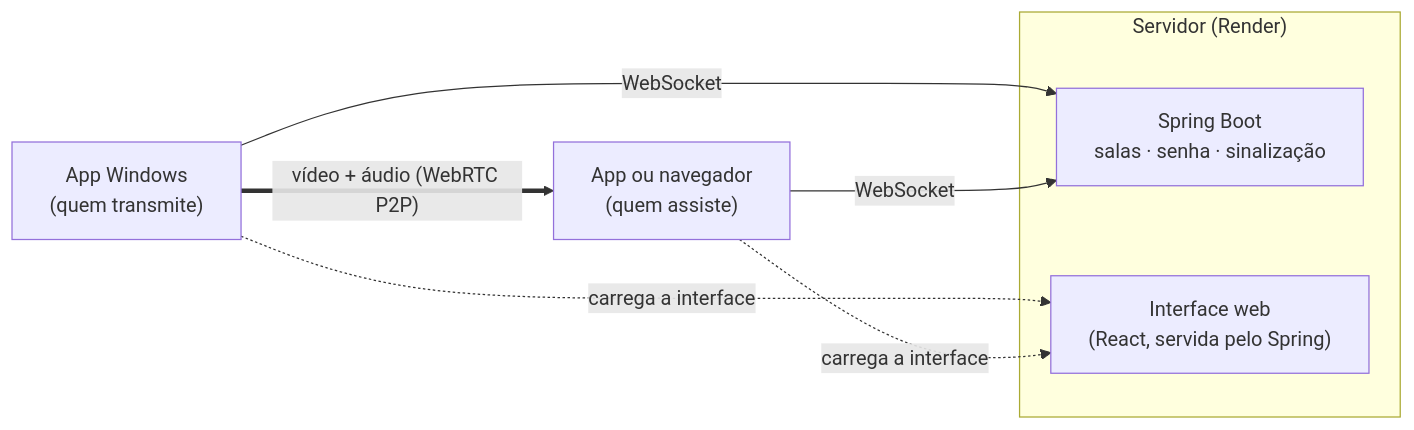
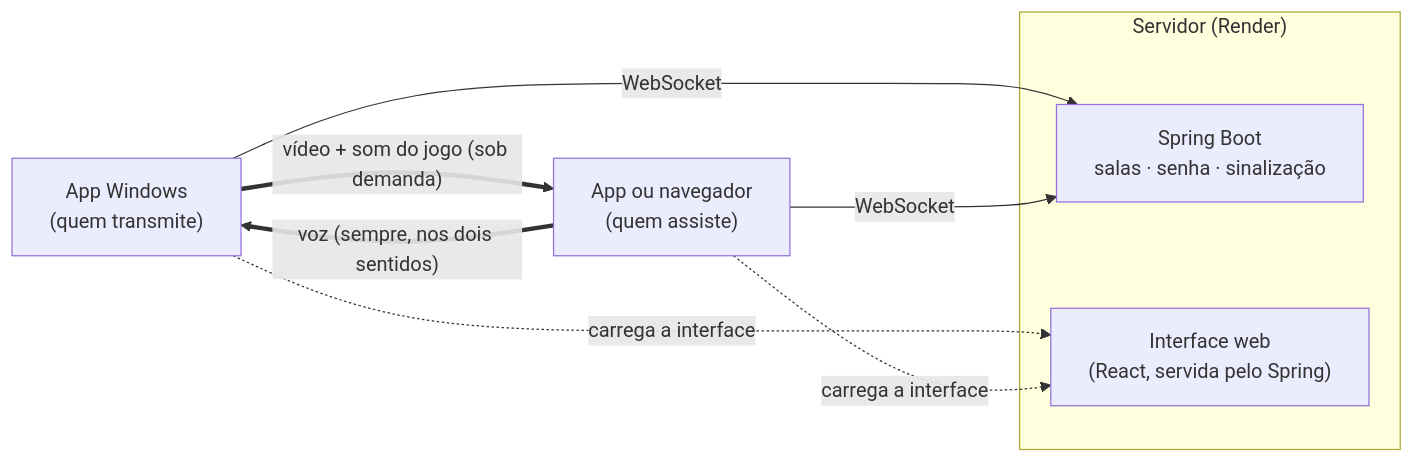
The first of 3 diagrams in README.md (kayokalinauskas/ozamigos), drawn with Mermaid before and after one commit. The commit also changed other lines of this file and 30 other files, not shown here.

First line of the commit message:
Site, README e fotos para a proposta atual: jogo e voz, sem citar o Discord

````diff
--- a/README.md
+++ b/README.md
@@ -128,12 +138,13 @@
 ```mermaid
 flowchart LR
     subgraph Render["Servidor (Render)"]
         S["Spring Boot<br/>salas · senha · sinalização"]
         UI["Interface web<br/>(React, servida pelo Spring)"]
     end
     A["App Windows<br/>(quem transmite)"] -- WebSocket --> S
     B["App ou navegador<br/>(quem assiste)"] -- WebSocket --> S
     A -. carrega a interface .-> UI
     B -. carrega a interface .-> UI
-    A == "vídeo + áudio (WebRTC P2P)" ==> B
+    A == "vídeo + som do jogo (sob demanda)" ==> B
+    B == "voz (sempre, nos dois sentidos)" ==> A
 ```
````
